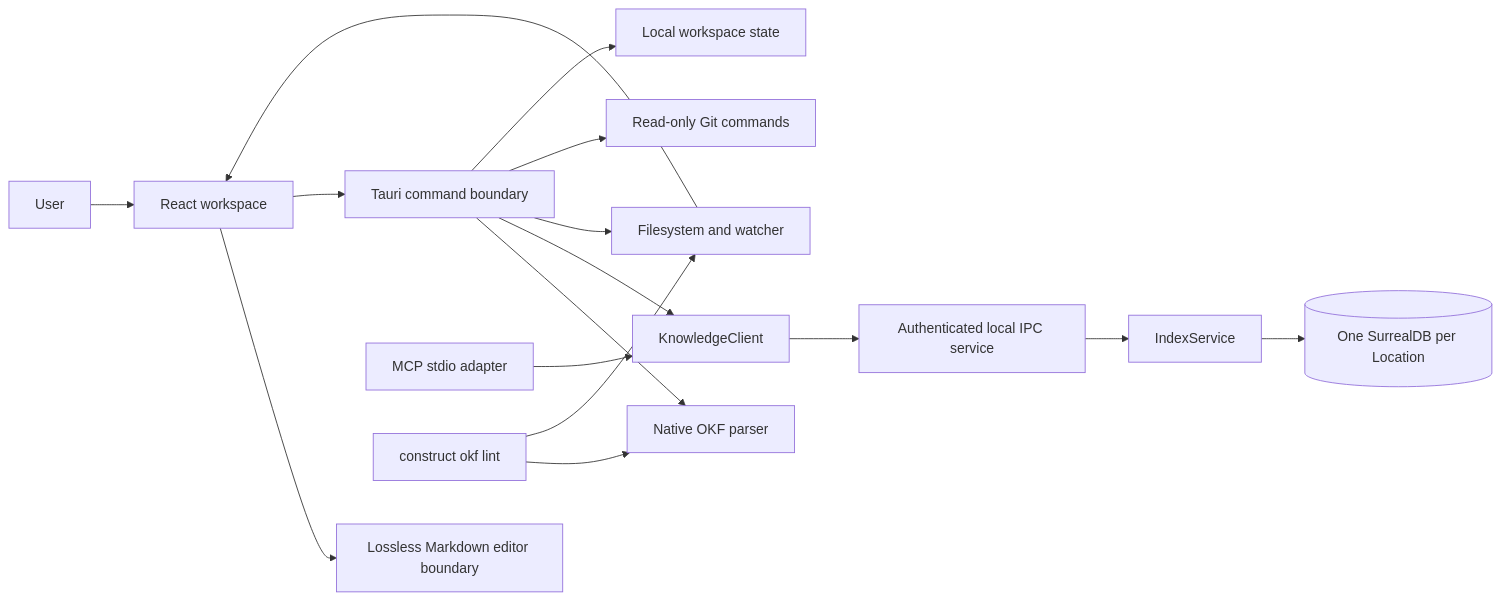
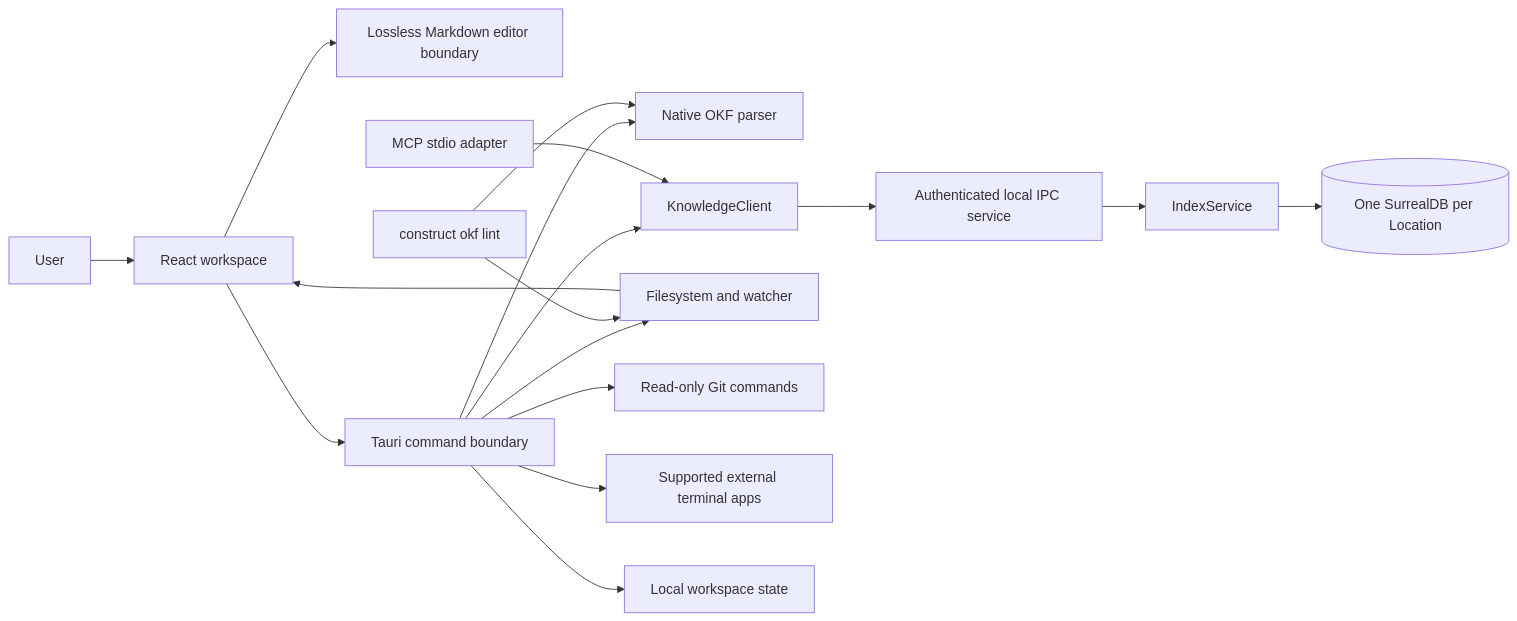
Before and after one commit to lfnovo/construct: the diagram in docs/architecture.md, drawn with Mermaid. The commit also changed other lines of this file and 13 other files, not shown here.

````diff
--- a/docs/architecture.md
+++ b/docs/architecture.md
@@ -12,18 +12,19 @@
 ```mermaid
 flowchart LR
     U[User] --> R[React workspace]
     R --> P[Lossless Markdown editor boundary]
     R --> T[Tauri command boundary]
     T --> O[Native OKF parser]
     T --> K[KnowledgeClient]
     M["MCP stdio adapter"] --> K
     K --> S["Authenticated local IPC service"]
     S --> I[IndexService]
     I --> D[(One SurrealDB per Location)]
     T --> F[Filesystem and watcher]
     T --> G[Read-only Git commands]
+    T --> X[Supported external terminal apps]
     T --> W[Local workspace state]
     F --> R
     C["construct okf lint"] --> O
     C --> F
 ```
````
